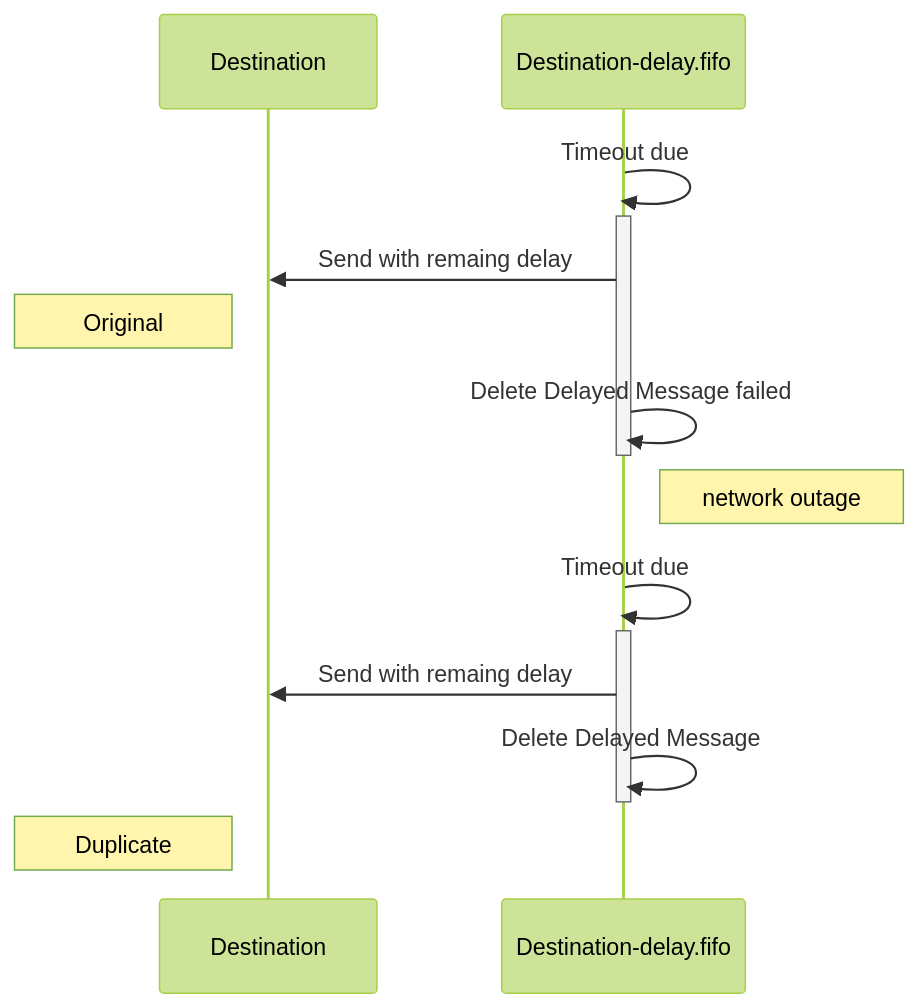
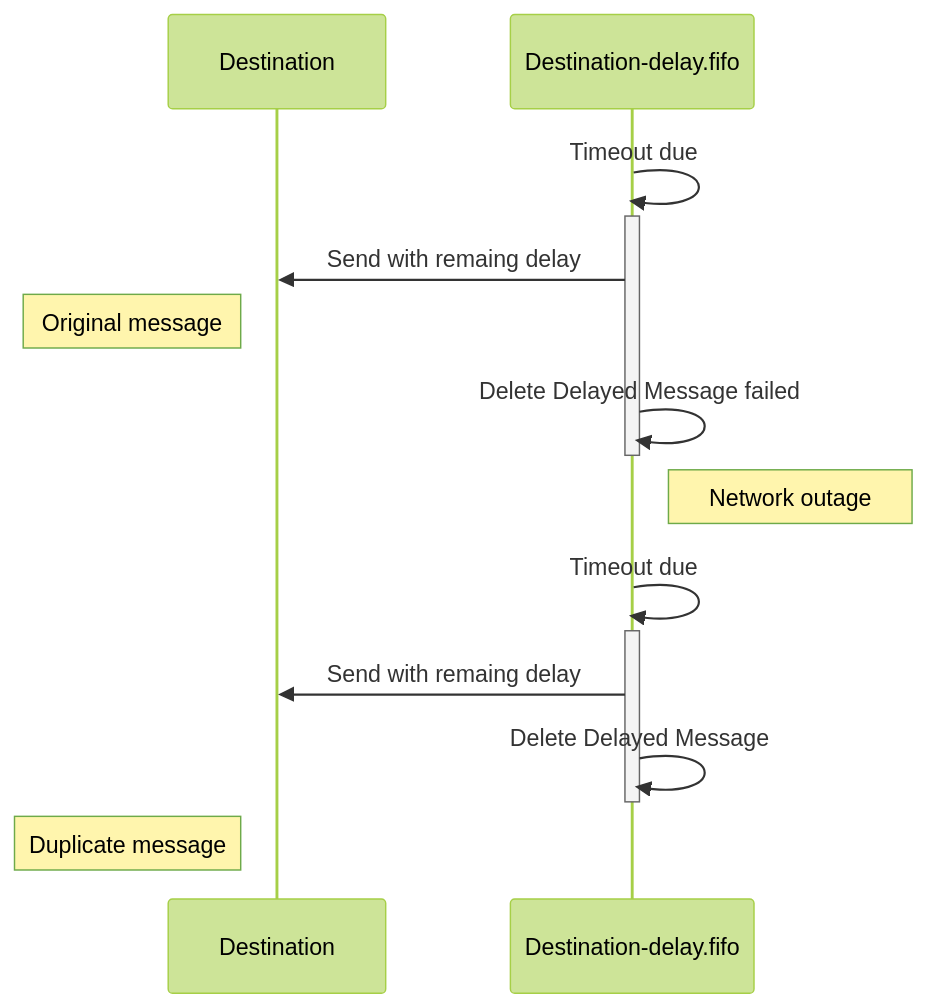
The second of 4 diagrams in transports/sqs/delayed-delivery.md (Particular/docs.particular.net), drawn with Mermaid (forest theme) before and after one commit.

Commit message:
Clean up delivery diagram

````diff
--- a/transports/sqs/delayed-delivery.md
+++ b/transports/sqs/delayed-delivery.md
@@ -67,14 +67,14 @@
 ```mermaid
 sequenceDiagram
     participant D as Destination
     participant F as Destination-delay.fifo
     F ->>+ F: Timeout due
     F ->> D: Send with remaing delay
-    Note left of D: Original
+    Note left of D: Original message
     F ->>- F: Delete Delayed Message failed
-    Note right of F: network outage
+    Note right of F: Network outage
     F ->>+ F: Timeout due
     F ->> D: Send with remaing delay
     F ->>- F: Delete Delayed Message
-    Note left of D: Duplicate
+    Note left of D: Duplicate message
 ```
````
